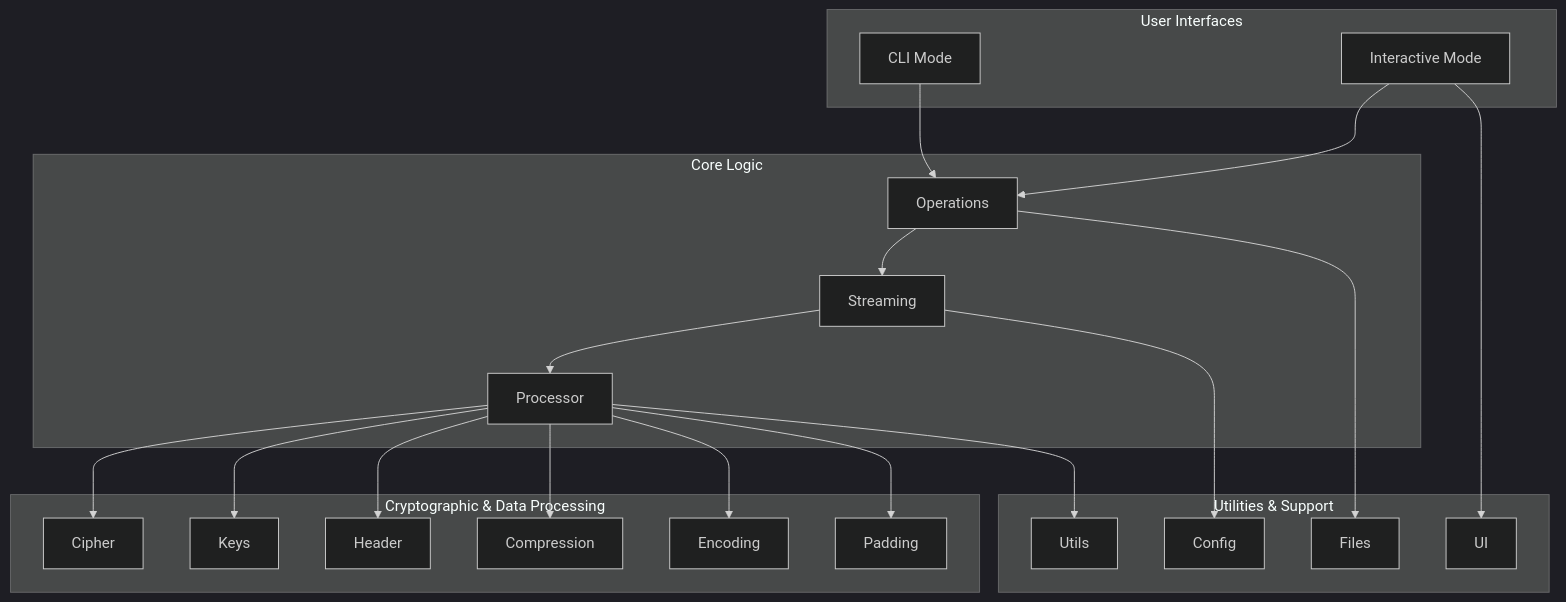
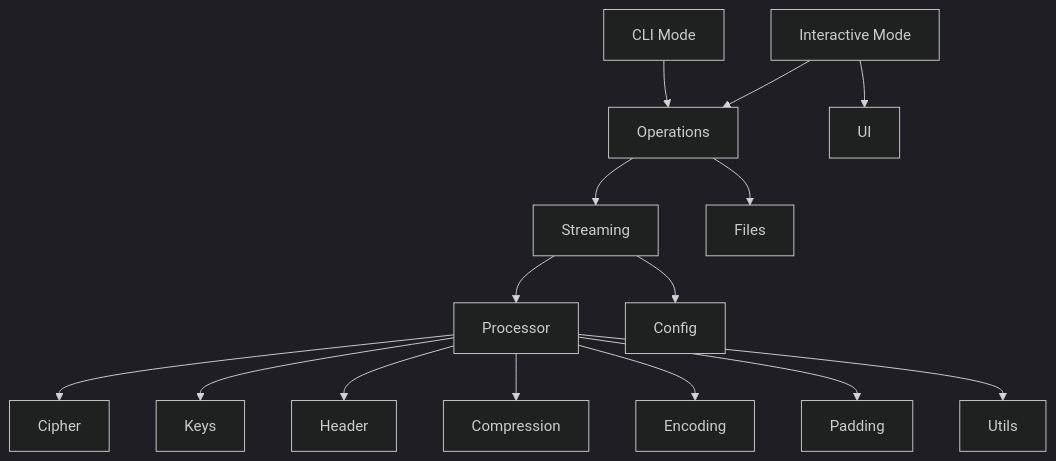
The second of 2 diagrams in README.md (hambosto/sweetbyte), drawn with Mermaid (dark theme) before and after one commit.

Commit message:
docs: simplify architecture diagram in README

````diff
--- a/README.md
+++ b/README.md
@@ -87,47 +87,40 @@
 ```mermaid
 graph TD
-    subgraph "User Interfaces"
         A[CLI Mode]
         B[Interactive Mode]
-    end
 
-    subgraph "Core Logic"
         C[Operations]
         E[Streaming]
         D[Processor]
-    end
 
-    subgraph "Cryptographic & Data Processing"
+
         F[Cipher]
         G[Keys]
         H[Header]
         I[Compression]
         J[Encoding]
         K[Padding]
-    end
 
-    subgraph "Utilities & Support"
         L[Files]
         M[UI]
         N[Config]
         P[Utils]
-    end
 
     A --> C
     B --> C
 
     C --> E
     E --> D
 
     D --> F
     D --> G
     D --> H
     D --> I
     D --> J
     D --> K
 
     C --> L
     B --> M
     E --> N
     D --> P
 ```
````
